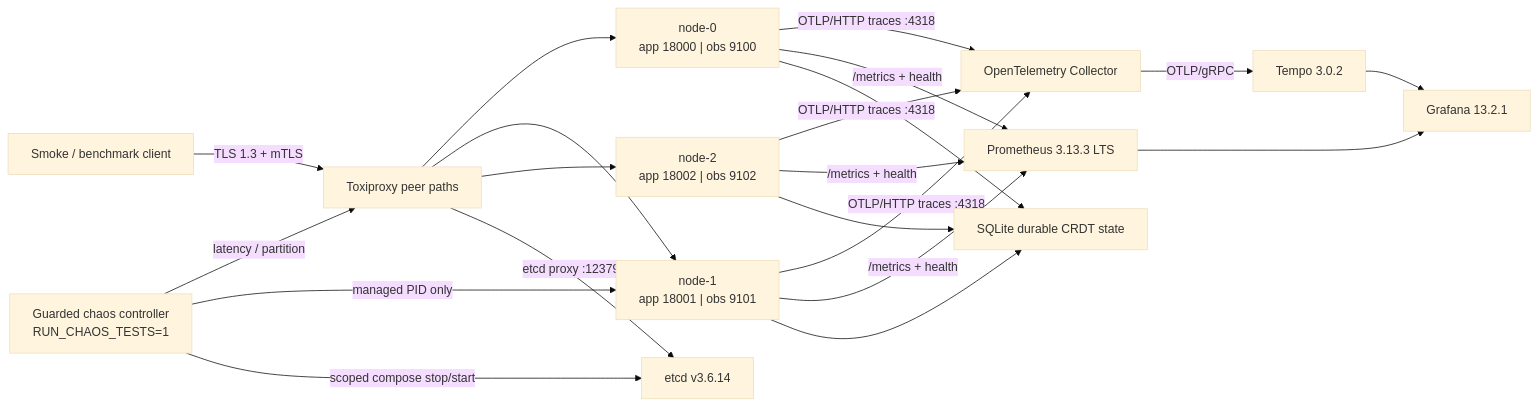
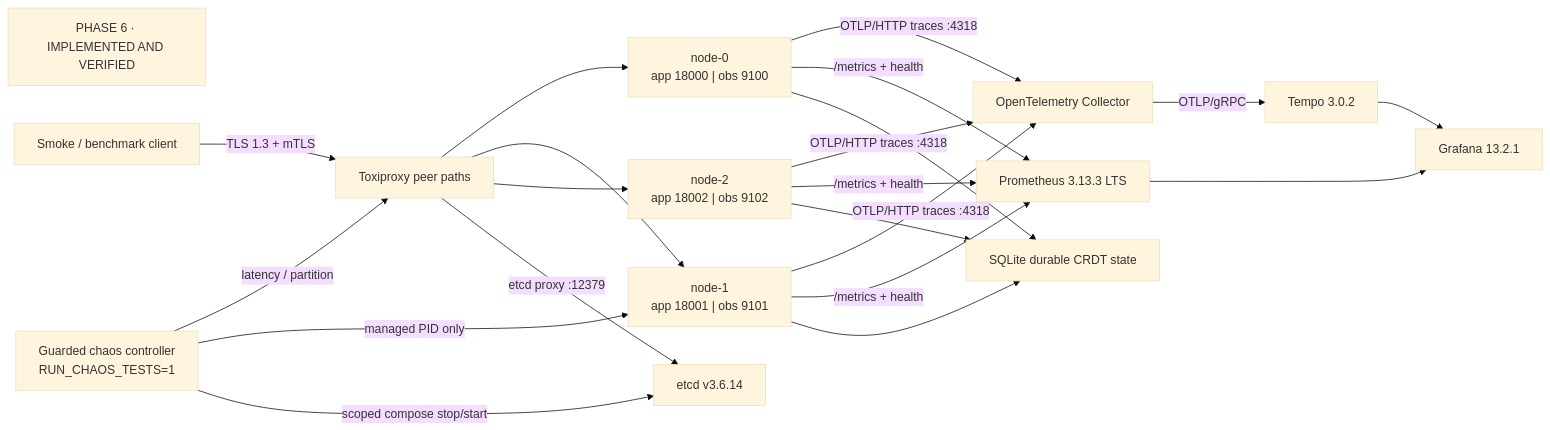
Before and after one commit to Parmodk2310/Advanced-Distributed-System: the diagram in docs/architecture/assets/phase6-architecture.mmd, drawn with Mermaid (base theme). The commit also changed 34 other files, not shown here.

Commit message:
docs: complete phase 1-7 architecture package

```diff
--- a/docs/architecture/assets/phase6-architecture.mmd
+++ b/docs/architecture/assets/phase6-architecture.mmd
@@ -1,19 +1,20 @@
 flowchart LR
+    STATUS["PHASE 6 · IMPLEMENTED AND VERIFIED"]
     Client["Smoke / benchmark client"] -->|"TLS 1.3 + mTLS"| Proxy["Toxiproxy peer paths"]
     Proxy --> N0["node-0\napp 18000 | obs 9100"]
     Proxy --> N1["node-1\napp 18001 | obs 9101"]
     Proxy --> N2["node-2\napp 18002 | obs 9102"]
 
     N0 & N1 & N2 -->|"OTLP/HTTP traces :4318"| Collector["OpenTelemetry Collector"]
     Collector -->|"OTLP/gRPC"| Tempo["Tempo 3.0.2"]
 
     N0 & N1 & N2 -->|"/metrics + health"| Prom["Prometheus 3.13.3 LTS"]
     Prom --> Grafana["Grafana 13.2.1"]
     Tempo --> Grafana
 
     Chaos["Guarded chaos controller\nRUN_CHAOS_TESTS=1"] -->|"latency / partition"| Proxy
     Chaos -->|"managed PID only"| N1
     Chaos -->|"scoped compose stop/start"| Etcd["etcd v3.6.14"]
     Proxy -->|"etcd proxy :12379"| Etcd
 
     N0 & N1 & N2 --> Storage["SQLite durable CRDT state"]
```
